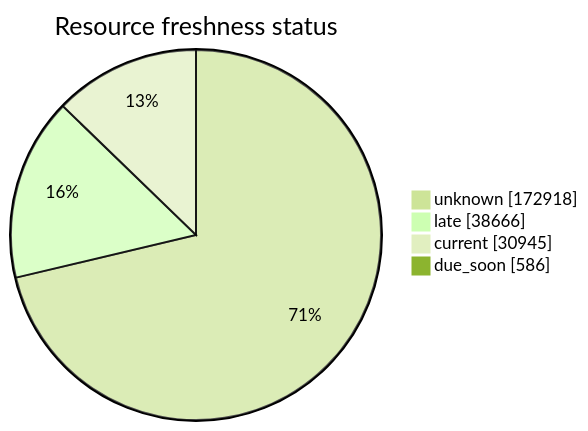
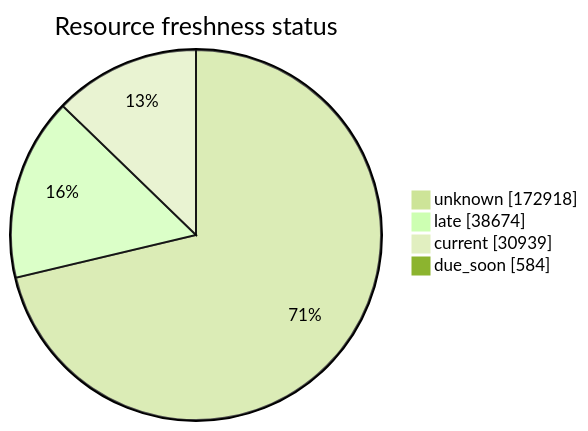
One commit to open-data/analytics-corporate-reporting changed the third of 5 diagrams in FreshCheck/README.md. Above: the diagram before and after it, drawn with Mermaid (forest theme). The commit also changed other lines of this file and 3 other files, not shown here.

````diff
--- a/FreshCheck/README.md
+++ b/FreshCheck/README.md
@@ -77,7 +77,7 @@
 ```mermaid
 pie showData title Resource freshness status
     "unknown": 172918
-    "late": 38666
-    "current": 30945
-    "due_soon": 586
+    "late": 38674
+    "current": 30939
+    "due_soon": 584
 ```
````
